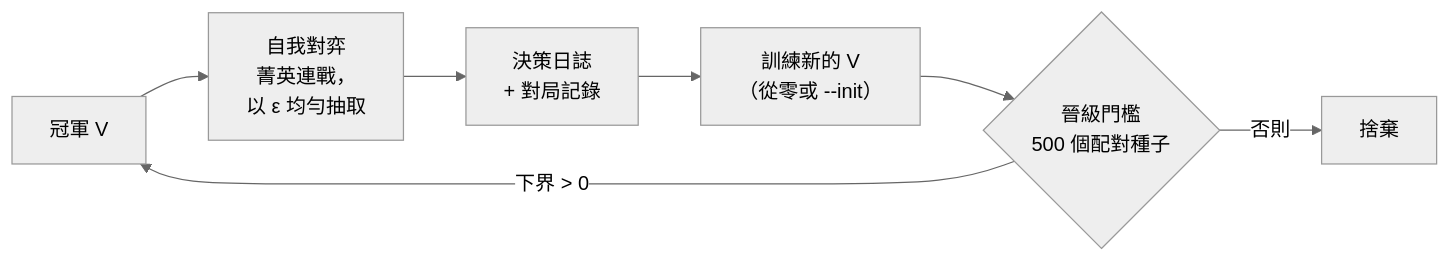
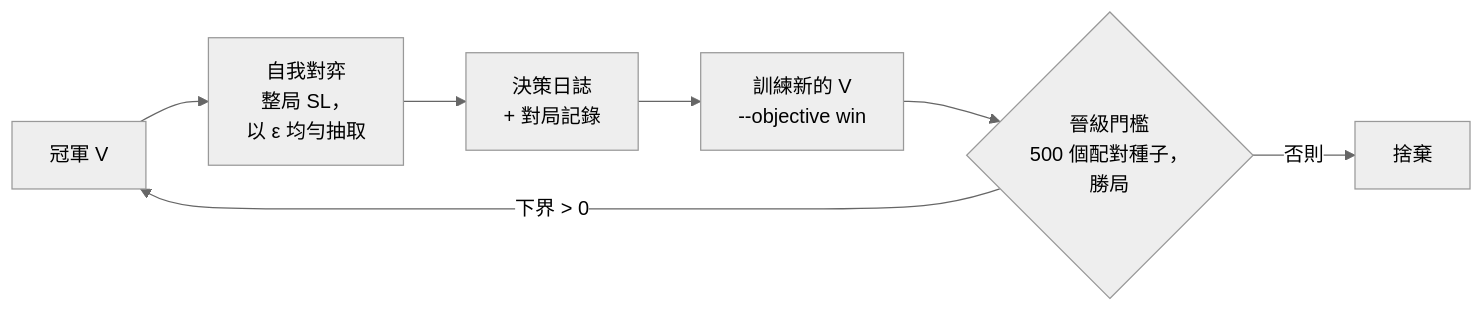
One commit to shinnku-nikaidou/spire-zero changed the diagram in docs/src/content/docs/zh-tw/arch/macro-brain/selfplay.mdx. Above: the diagram before and after it, drawn with Mermaid (neutral theme). The commit also changed other lines of this file and 71 other files, not shown here.

````diff
--- a/docs/src/content/docs/zh-tw/arch/macro-brain/selfplay.mdx
+++ b/docs/src/content/docs/zh-tw/arch/macro-brain/selfplay.mdx
@@ -13,9 +13,9 @@
 ```mermaid
 flowchart LR
-  C["冠軍 V"] --> P["自我對弈<br/>菁英連戰，<br/>以 ε 均勻抽取"]
+  C["冠軍 V"] --> P["自我對弈<br/>整局 SL，<br/>以 ε 均勻抽取"]
   P --> D["決策日誌<br/>+ 對局記錄"]
-  D --> T["訓練新的 V<br/>（從零或 --init）"]
-  T --> G{"晉級門檻<br/>500 個配對種子"}
+  D --> T["訓練新的 V<br/>--objective win"]
+  T --> G{"晉級門檻<br/>500 個配對種子，<br/>勝局"}
   G -->|"下界 > 0"| C
   G -->|"否則"| X["捨棄"]
 ```
````
